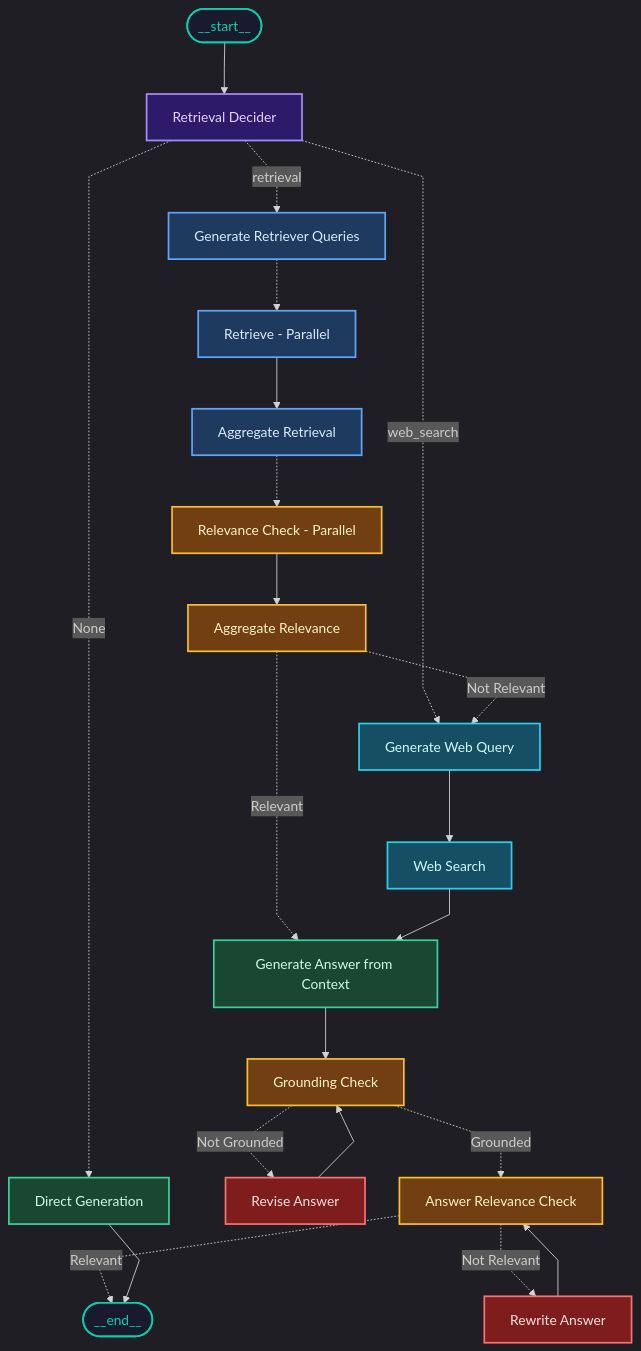
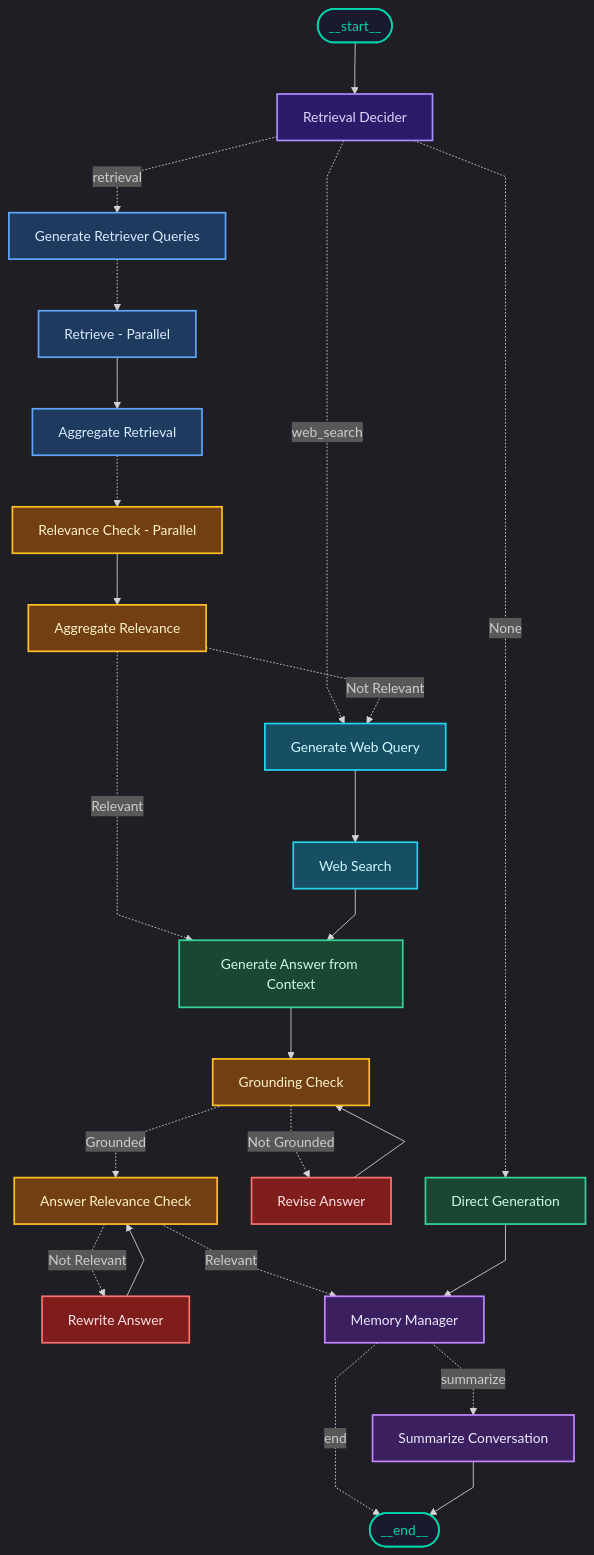
One commit to pankaj-2708/Self-RAG-and-Corrective-RAG-for-Indian-Constitution changed the diagram in README.md. Above: the diagram before and after it, drawn with Mermaid. The commit also changed other lines of this file and 4 other files, not shown here.

````diff
--- a/README.md
+++ b/README.md
@@ -143,65 +65,72 @@
 ```mermaid
 ---
 config:
   theme: dark
   flowchart:
     curve: linear
     nodeSpacing: 40
     rankSpacing: 60
 ---
 graph TD
     __start__([" __start__ "]):::startNode
     retrieval_decider_node["Retrieval Decider"]:::routingNode
     generate_retriever_query_node["Generate Retriever Queries"]:::retrievalNode
     retrieve_node["Retrieve - Parallel"]:::retrievalNode
     aggregate_retrieval["Aggregate Retrieval"]:::retrievalNode
     direct_generation_node["Direct Generation"]:::generationNode
     is_relevant_node["Relevance Check - Parallel"]:::validationNode
     aggregate_relevance["Aggregate Relevance"]:::validationNode
     answer_from_context_node["Generate Answer from Context"]:::generationNode
     check_answer_grounded_node["Grounding Check"]:::validationNode
     revise_answer_node["Revise Answer"]:::correctionNode
-    is_answer_useful_node["Answer Relevance Check"]:::validationNode
+    is_answer_relevant_node["Answer Relevance Check"]:::validationNode
     rewrite_answer_node["Rewrite Answer"]:::correctionNode
     generate_web_search_query_node["Generate Web Query"]:::webNode
     web_search_node["Web Search"]:::webNode
+    memory_node["Memory Manager"]:::memoryNode
+    modify_short_term_memory_node["Summarize Conversation"]:::memoryNode
     __end__([" __end__ "]):::endNode
 
     __start__ --> retrieval_decider_node
 
     retrieval_decider_node -. " retrieval " .-> generate_retriever_query_node
     retrieval_decider_node -. " web_search " .-> generate_web_search_query_node
     retrieval_decider_node -. " None " .-> direct_generation_node
 
     generate_retriever_query_node -.-> retrieve_node
     retrieve_node --> aggregate_retrieval
     aggregate_retrieval -.-> is_relevant_node
     is_relevant_node --> aggregate_relevance
 
     aggregate_relevance -. " Relevant " .-> answer_from_context_node
     aggregate_relevance -. " Not Relevant " .-> generate_web_search_query_node
 
     generate_web_search_query_node --> web_search_node
     web_search_node --> answer_from_context_node
 
     answer_from_context_node --> check_answer_grounded_node
 
-    check_answer_grounded_node -. " Grounded " .-> is_answer_useful_node
+    check_answer_grounded_node -. " Grounded " .-> is_answer_relevant_node
     check_answer_grounded_node -. " Not Grounded " .-> revise_answer_node
     revise_answer_node --> check_answer_grounded_node
 
-    is_answer_useful_node -. " Relevant " .-> __end__
-    is_answer_useful_node -. " Not Relevant " .-> rewrite_answer_node
-    rewrite_answer_node --> is_answer_useful_node
+    is_answer_relevant_node -. " Relevant " .-> memory_node
+    is_answer_relevant_node -. " Not Relevant " .-> rewrite_answer_node
+    rewrite_answer_node --> is_answer_relevant_node
 
-    direct_generation_node --> __end__
+    direct_generation_node --> memory_node
+
+    memory_node -. " summarize " .-> modify_short_term_memory_node
+    memory_node -. " end " .-> __end__
+    modify_short_term_memory_node --> __end__
 
     classDef startNode fill:#1a1a2e,stroke:#00d4aa,stroke-width:2px,color:#00d4aa
     classDef endNode fill:#1a1a2e,stroke:#00d4aa,stroke-width:2px,color:#00d4aa
     classDef routingNode fill:#2d1b69,stroke:#a78bfa,stroke-width:2px,color:#e0d4ff
     classDef retrievalNode fill:#1e3a5f,stroke:#60a5fa,stroke-width:2px,color:#dbeafe
     classDef generationNode fill:#1a4731,stroke:#34d399,stroke-width:2px,color:#d1fae5
     classDef validationNode fill:#713f12,stroke:#fbbf24,stroke-width:2px,color:#fef3c7
     classDef correctionNode fill:#7f1d1d,stroke:#f87171,stroke-width:2px,color:#fee2e2
     classDef webNode fill:#164e63,stroke:#22d3ee,stroke-width:2px,color:#cffafe
+    classDef memoryNode fill:#3b1f5e,stroke:#c084fc,stroke-width:2px,color:#ede9fe
 ```
````
